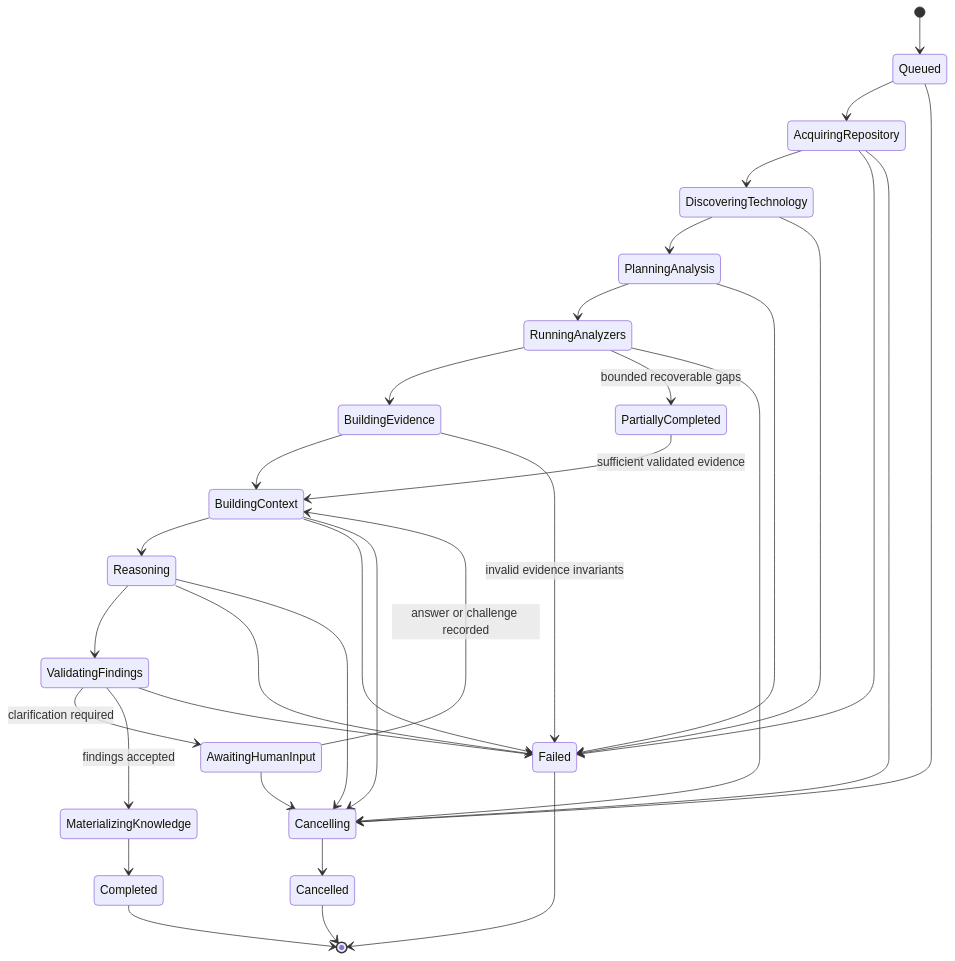
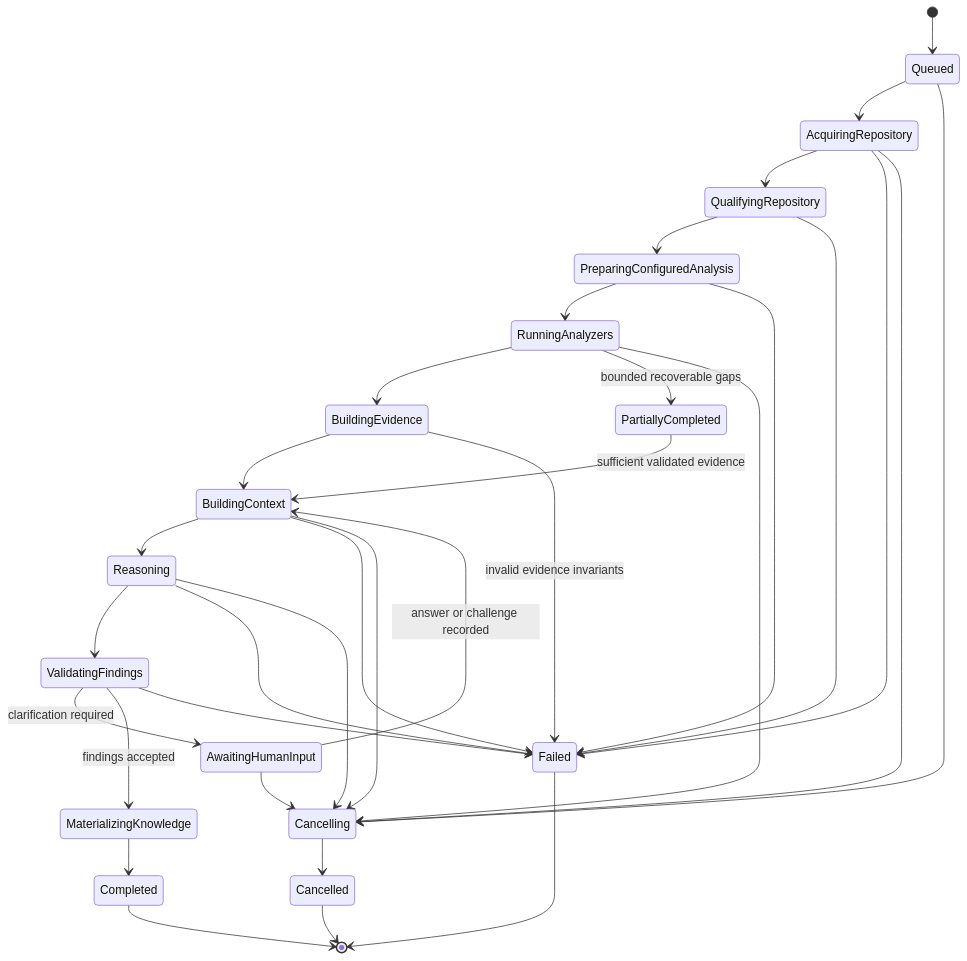
One commit to ksharik/domainLens changed the fourth of 5 diagrams in docs/architecture/04-analysis-pipeline.md. Above: the diagram before and after it, drawn with Mermaid. The commit also changed other lines of this file and 9 other files, not shown here.

````diff
--- a/docs/architecture/04-analysis-pipeline.md
+++ b/docs/architecture/04-analysis-pipeline.md
@@ -265,37 +271,37 @@
 ```mermaid
 stateDiagram-v2
     [*] --> Queued
     Queued --> AcquiringRepository
-    AcquiringRepository --> DiscoveringTechnology
-    DiscoveringTechnology --> PlanningAnalysis
-    PlanningAnalysis --> RunningAnalyzers
+    AcquiringRepository --> QualifyingRepository
+    QualifyingRepository --> PreparingConfiguredAnalysis
+    PreparingConfiguredAnalysis --> RunningAnalyzers
     RunningAnalyzers --> BuildingEvidence
     BuildingEvidence --> BuildingContext
     BuildingContext --> Reasoning
     Reasoning --> ValidatingFindings
     ValidatingFindings --> AwaitingHumanInput: clarification required
     AwaitingHumanInput --> BuildingContext: answer or challenge recorded
     ValidatingFindings --> MaterializingKnowledge: findings accepted
     MaterializingKnowledge --> Completed
 
     AcquiringRepository --> Failed
-    DiscoveringTechnology --> Failed
-    PlanningAnalysis --> Failed
+    QualifyingRepository --> Failed
+    PreparingConfiguredAnalysis --> Failed
     RunningAnalyzers --> PartiallyCompleted: bounded recoverable gaps
     BuildingEvidence --> Failed: invalid evidence invariants
     BuildingContext --> Failed
     Reasoning --> Failed
     ValidatingFindings --> Failed
     PartiallyCompleted --> BuildingContext: sufficient validated evidence
 
     Queued --> Cancelling
     AcquiringRepository --> Cancelling
     RunningAnalyzers --> Cancelling
     BuildingContext --> Cancelling
     Reasoning --> Cancelling
     AwaitingHumanInput --> Cancelling
     Cancelling --> Cancelled
     Completed --> [*]
     Failed --> [*]
     Cancelled --> [*]
 ```
````
